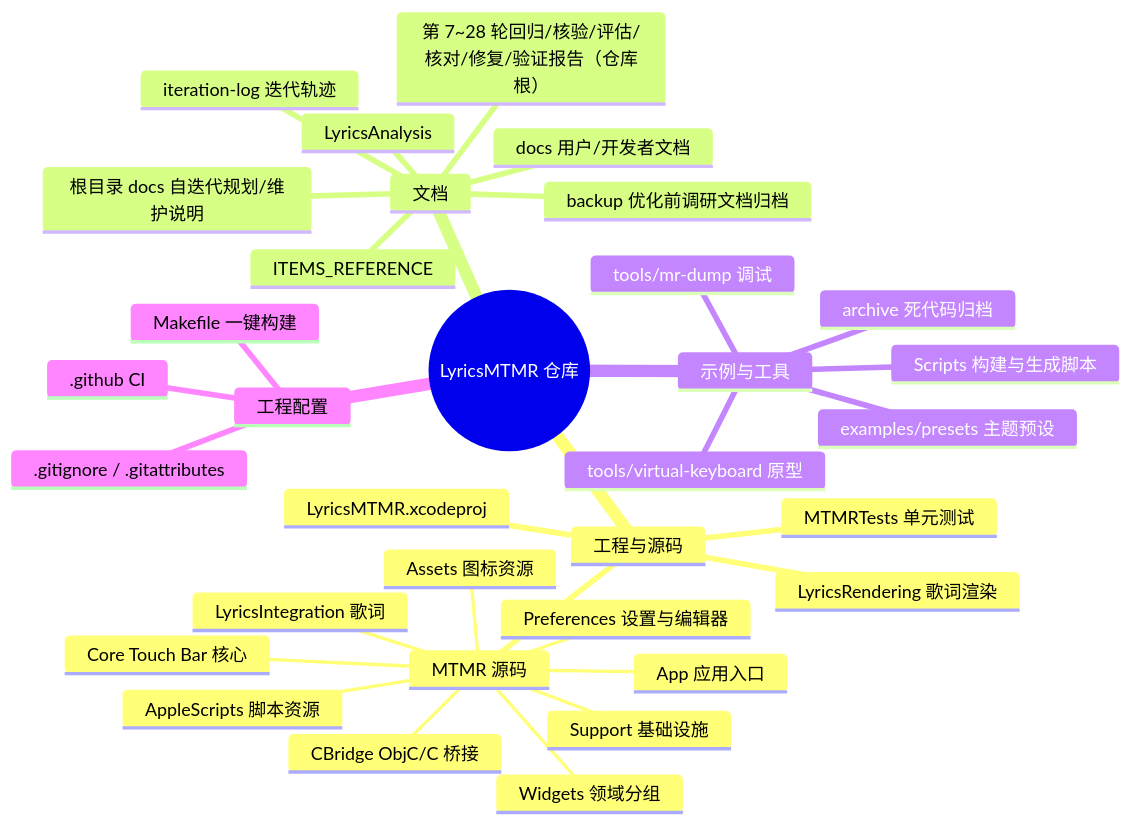
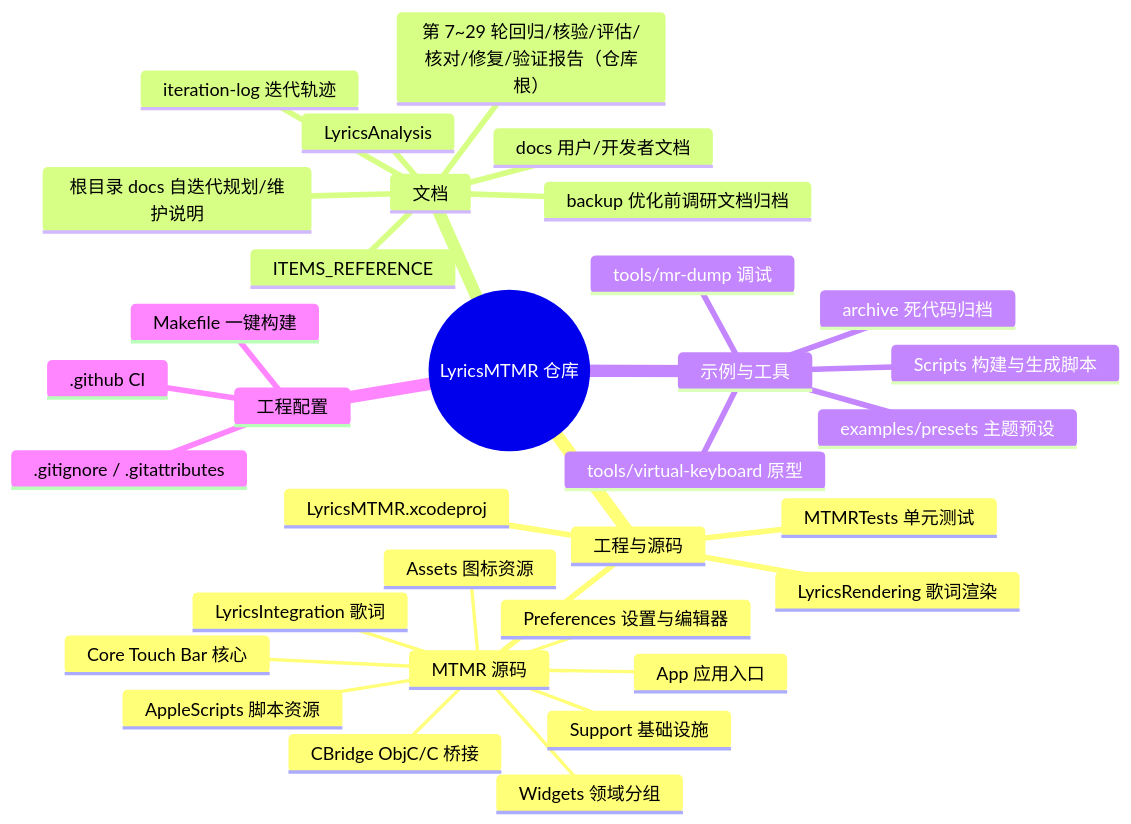
Before and after one commit to Tangzishun-Li/LyricsMTMR: the first of 2 diagrams in LyricsMTMR/docs/file-structure.zh.md, drawn with Mermaid. The commit also changed other lines of this file and 3 other files, not shown here.

````diff
--- a/LyricsMTMR/docs/file-structure.zh.md
+++ b/LyricsMTMR/docs/file-structure.zh.md
@@ -10,36 +10,36 @@
 ```mermaid
 mindmap
   root((LyricsMTMR 仓库))
     工程与源码
       LyricsMTMR.xcodeproj
       MTMR 源码
         App 应用入口
         Core Touch Bar 核心
         Support 基础设施
         Widgets 领域分组
         Preferences 设置与编辑器
         LyricsIntegration 歌词
         CBridge ObjC/C 桥接
         AppleScripts 脚本资源
         Assets 图标资源
       LyricsRendering 歌词渲染
       MTMRTests 单元测试
     文档
       docs 用户/开发者文档
       ITEMS_REFERENCE
       LyricsAnalysis
       backup 优化前调研文档归档
       iteration-log 迭代轨迹
       根目录 docs 自迭代规划/维护说明
-      第 7~28 轮回归/核验/评估/核对/修复/验证报告（仓库根）
+      第 7~29 轮回归/核验/评估/核对/修复/验证报告（仓库根）
     示例与工具
       examples/presets 主题预设
       tools/mr-dump 调试
       tools/virtual-keyboard 原型
       Scripts 构建与生成脚本
       archive 死代码归档
     工程配置
       .github CI
       .gitignore / .gitattributes
       Makefile 一键构建
 ```
````
